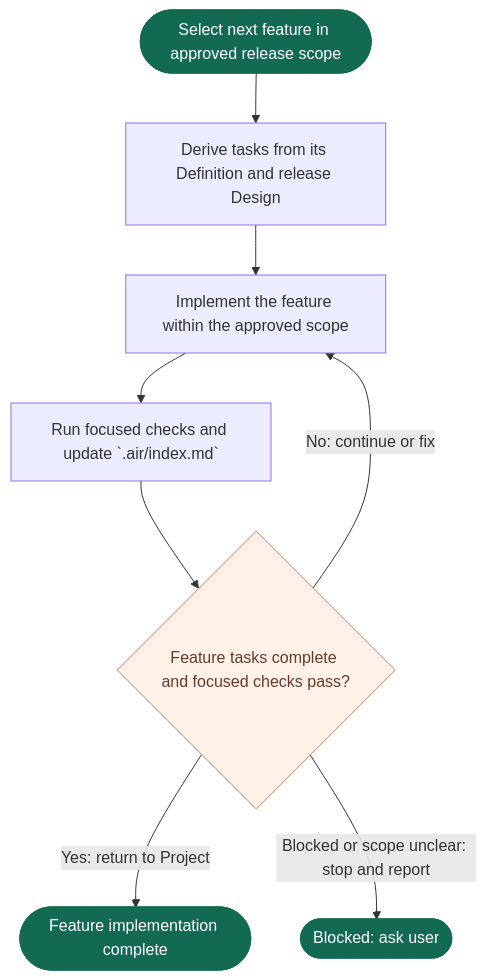
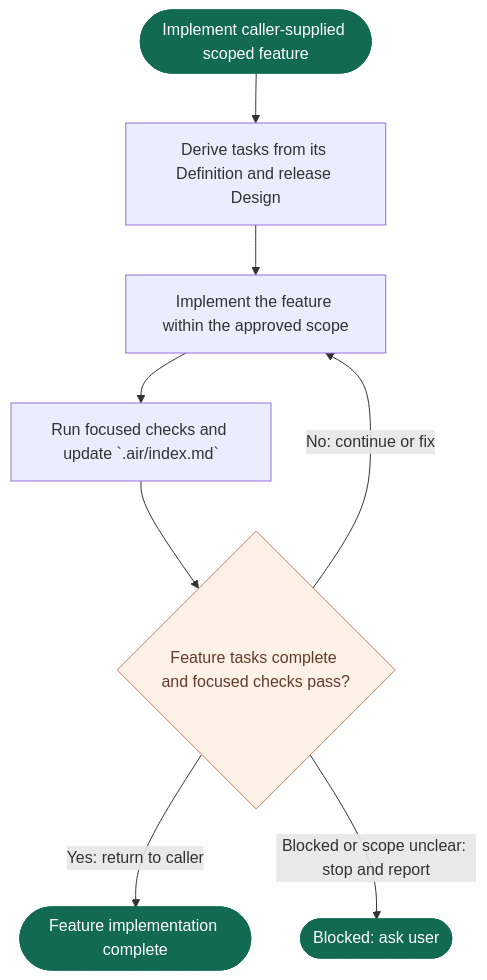
One commit to vanlangenlabs/vanlangenlabs-site changed the diagram in docs/airflow/flows/implementation.mmd. Above: the diagram before and after it, drawn with Mermaid. The commit also changed 12 other files, not shown here.

```diff
--- a/docs/airflow/flows/implementation.mmd
+++ b/docs/airflow/flows/implementation.mmd
@@ -1,23 +1,24 @@
 flowchart TD
-    start([Select next feature in approved release scope]) --> plan[Derive tasks from its Definition and release Design]
+    start([Implement caller-supplied scoped feature]) --> plan[Derive tasks from its Definition and release Design]
 %% @airflow-context plan
-%% Use only the active feature's approved Definition and the currently approved
+%% Caller supplies feature ID, new-work/rework mode and any findings. Keep that
+%% target throughout this call; do not select a different feature. Use its approved Definition and the currently approved
 %% release Design. Record the active feature/node and next action in `.air/index.md`;
 %% create external tasks only when a tracker is configured and authorized.
 %% @end-airflow-context
     plan --> implement[Implement the feature within the approved scope]
 %% @airflow-context implement
 %% Work autonomously on routine implementation decisions within approved scope.
 %% Do not pause for routine coding choices. Pause for unclear/conflicting
 %% requirements, blockers, scope changes or unauthorized side effects.
 %% @end-airflow-context
     implement --> checks[Run focused checks and update `.air/index.md`]
     checks --> complete{Feature tasks complete and focused checks pass?}
     complete -- No: continue or fix --> implement
-    complete -- Yes: return to Project --> implementationComplete([Feature implementation complete])
+    complete -- Yes: return to caller --> implementationComplete([Feature implementation complete])
     complete -- Blocked or scope unclear: stop and report --> blocked([Blocked: ask user])
 
     classDef boundary fill:#126a52,color:#ffffff,stroke:#126a52
     class start,implementationComplete,blocked boundary
     classDef approval fill:#fff0e8,color:#633b2c,stroke:#c68162
     class complete approval
```
